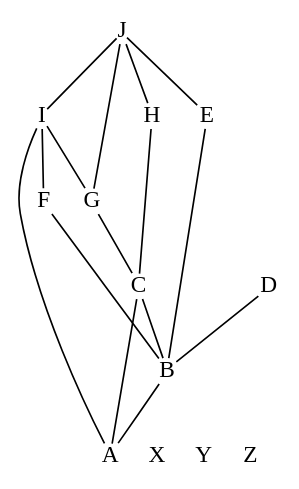
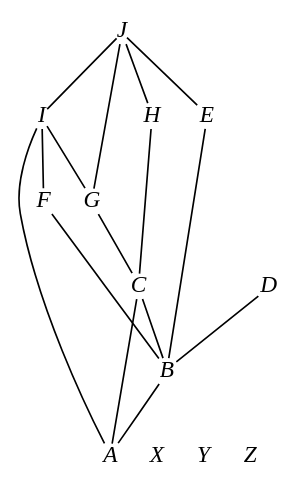
One commit to opencaesar/owl-tools changed the diagram in owl-close-world/original.dot. Above: the diagram before and after it, drawn with Graphviz. The commit also changed 38 other files, not shown here.

```diff
--- a/owl-close-world/original.dot
+++ b/owl-close-world/original.dot
@@ -1,156 +1,169 @@
 digraph BundleClosure__Taxonomy {
     rankdir = BT
 
     A [
+        fontname = "Times-Italic",
         fontsize = 14,
         shape = plain,
         label = A
     ]
 
     B [
+        fontname = "Times-Italic",
         fontsize = 14,
         shape = plain,
         label = B
     ]
 
     C [
+        fontname = "Times-Italic",
         fontsize = 14,
         shape = plain,
         label = C
     ]
 
     I [
+        fontname = "Times-Italic",
         fontsize = 14,
         shape = plain,
         label = I
     ]
 
     D [
+        fontname = "Times-Italic",
         fontsize = 14,
         shape = plain,
         label = D
     ]
 
     E [
+        fontname = "Times-Italic",
         fontsize = 14,
         shape = plain,
         label = E
     ]
 
     F [
+        fontname = "Times-Italic",
         fontsize = 14,
         shape = plain,
         label = F
     ]
 
     G [
+        fontname = "Times-Italic",
         fontsize = 14,
         shape = plain,
         label = G
     ]
 
     H [
+        fontname = "Times-Italic",
         fontsize = 14,
         shape = plain,
         label = H
     ]
 
     J [
+        fontname = "Times-Italic",
         fontsize = 14,
         shape = plain,
         label = J
     ]
 
     X [
+        fontname = "Times-Italic",
         fontsize = 14,
         shape = plain,
         label = X
     ]
 
     Y [
+        fontname = "Times-Italic",
         fontsize = 14,
         shape = plain,
         label = Y
     ]
 
     Z [
+        fontname = "Times-Italic",
         fontsize = 14,
         shape = plain,
         label = Z
     ]
 
     A -> B [
         arrowhead = none,
         fontsize = 8
     ]
 
     A -> C [
         arrowhead = none,
         fontsize = 8
     ]
 
     A -> I [
         arrowhead = none,
         fontsize = 8
     ]
 
     B -> C [
         arrowhead = none,
         fontsize = 8
     ]
 
     B -> D [
         arrowhead = none,
         fontsize = 8
     ]
 
     B -> E [
         arrowhead = none,
         fontsize = 8
     ]
 
     B -> F [
         arrowhead = none,
         fontsize = 8
     ]
 
     C -> G [
         arrowhead = none,
         fontsize = 8
     ]
 
     C -> H [
         arrowhead = none,
         fontsize = 8
     ]
 
     I -> J [
         arrowhead = none,
         fontsize = 8
     ]
 
     E -> J [
         arrowhead = none,
         fontsize = 8
     ]
 
     F -> I [
         arrowhead = none,
         fontsize = 8
     ]
 
     G -> I [
         arrowhead = none,
         fontsize = 8
     ]
 
     G -> J [
         arrowhead = none,
         fontsize = 8
     ]
 
     H -> J [
         arrowhead = none,
         fontsize = 8
     ]
 }
```
